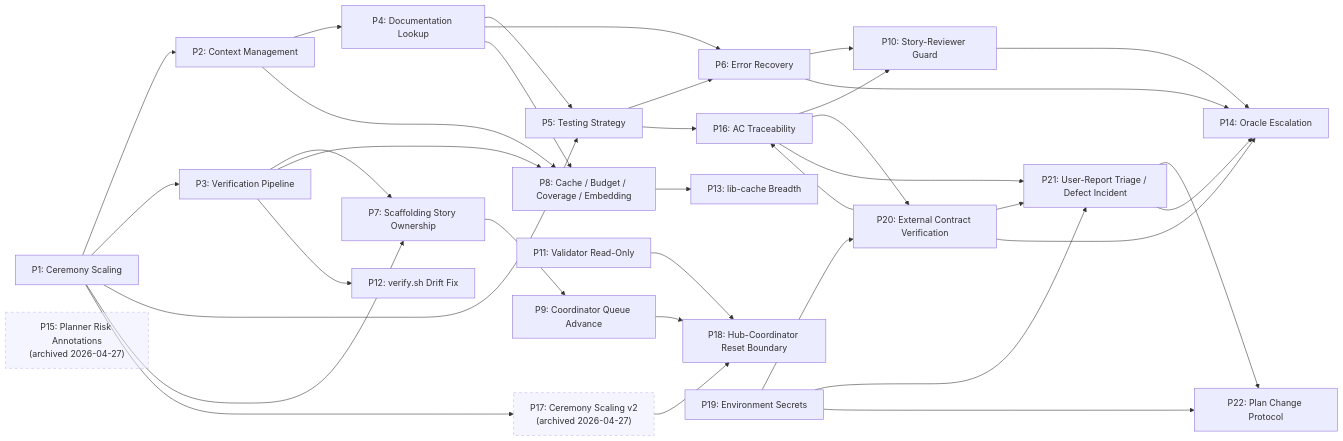
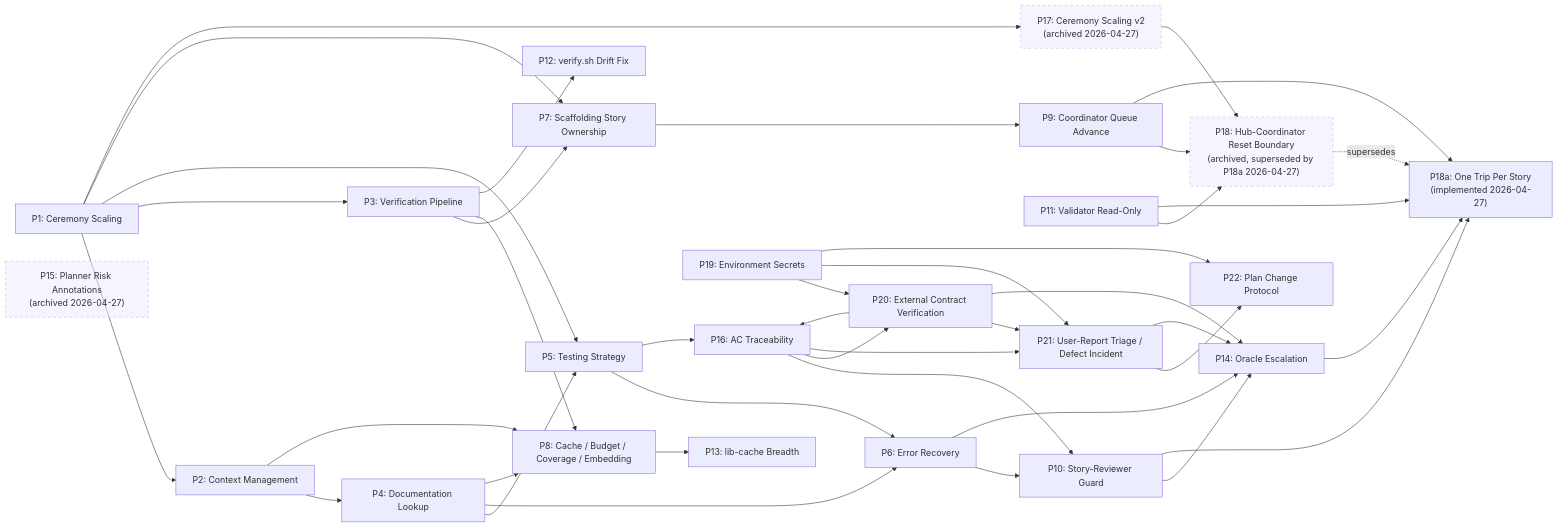
One commit to gleeb/ai-registry changed the diagram in opencode/improvement-proposals/INDEX.md. Above: the diagram before and after it, drawn with Mermaid. The commit also changed other lines of this file and 4 other files, not shown here.

````diff
--- a/opencode/improvement-proposals/INDEX.md
+++ b/opencode/improvement-proposals/INDEX.md
@@ -76,66 +77,74 @@
 ```mermaid
 flowchart LR
     P1["P1: Ceremony Scaling"]
     P2["P2: Context Management"]
     P3["P3: Verification Pipeline"]
     P4["P4: Documentation Lookup"]
     P5["P5: Testing Strategy"]
     P6["P6: Error Recovery"]
     P7["P7: Scaffolding Story Ownership"]
     P8["P8: Cache / Budget / Coverage / Embedding"]
     P9["P9: Coordinator Queue Advance"]
     P10["P10: Story-Reviewer Guard"]
     P11["P11: Validator Read-Only"]
     P12["P12: verify.sh Drift Fix"]
     P13["P13: lib-cache Breadth"]
     P14["P14: Oracle Escalation"]
     P15["P15: Planner Risk Annotations<br/>(archived 2026-04-27)"]
     P16["P16: AC Traceability"]
     P17["P17: Ceremony Scaling v2<br/>(archived 2026-04-27)"]
-    P18["P18: Hub-Coordinator Reset Boundary"]
+    P18["P18: Hub-Coordinator Reset Boundary<br/>(archived, superseded by P18a 2026-04-27)"]
+    P18a["P18a: One Trip Per Story<br/>(implemented 2026-04-27)"]
     P19["P19: Environment Secrets"]
     P20["P20: External Contract Verification"]
     P21["P21: User-Report Triage / Defect Incident"]
     P22["P22: Plan Change Protocol"]
 
     P1 --> P2
     P1 --> P3
     P1 --> P5
     P1 --> P7
     P2 --> P4
     P4 --> P5
     P5 --> P6
     P4 --> P6
     P3 --> P7
     P2 --> P8
     P3 --> P8
     P4 --> P8
 
     P3 --> P12
     P7 --> P9
     P6 --> P10
     P5 --> P16
     P16 --> P10
     P8 --> P13
     P6 --> P14
     P10 --> P14
     P1 --> P17
 
     P11 --> P18
     P17 --> P18
     P9 --> P18
 
+    P18 -.supersedes.-> P18a
+    P11 --> P18a
+    P9 --> P18a
+    P14 --> P18a
+    P10 --> P18a
+
     style P15 stroke-dasharray: 5 5,opacity:0.5
     style P17 stroke-dasharray: 5 5,opacity:0.5
+    style P18 stroke-dasharray: 5 5,opacity:0.5
 
     P19 --> P20
     P19 --> P21
     P19 --> P22
     P16 --> P20
     P20 --> P16
     P20 --> P21
     P16 --> P21
     P21 --> P22
     P21 --> P14
     P20 --> P14
 ```
````
